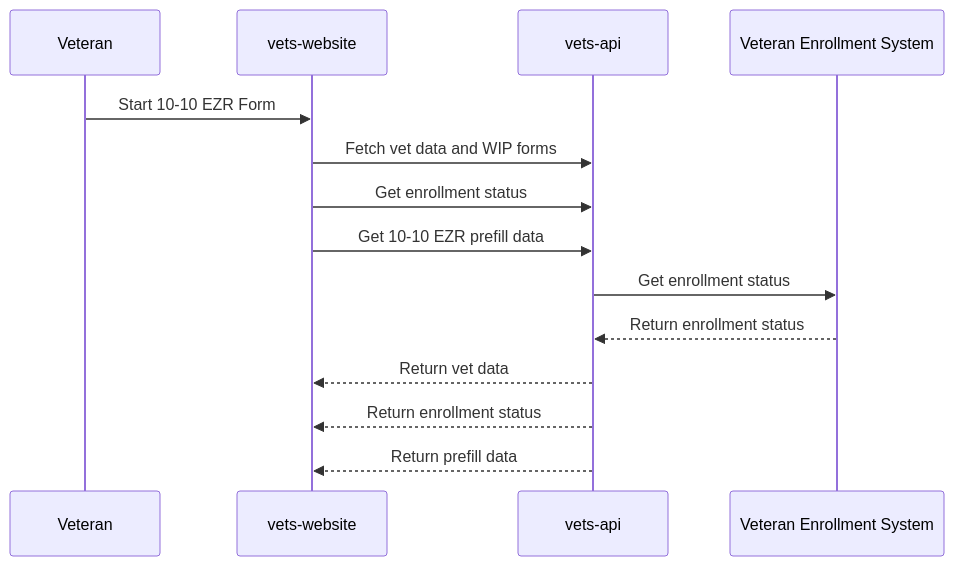
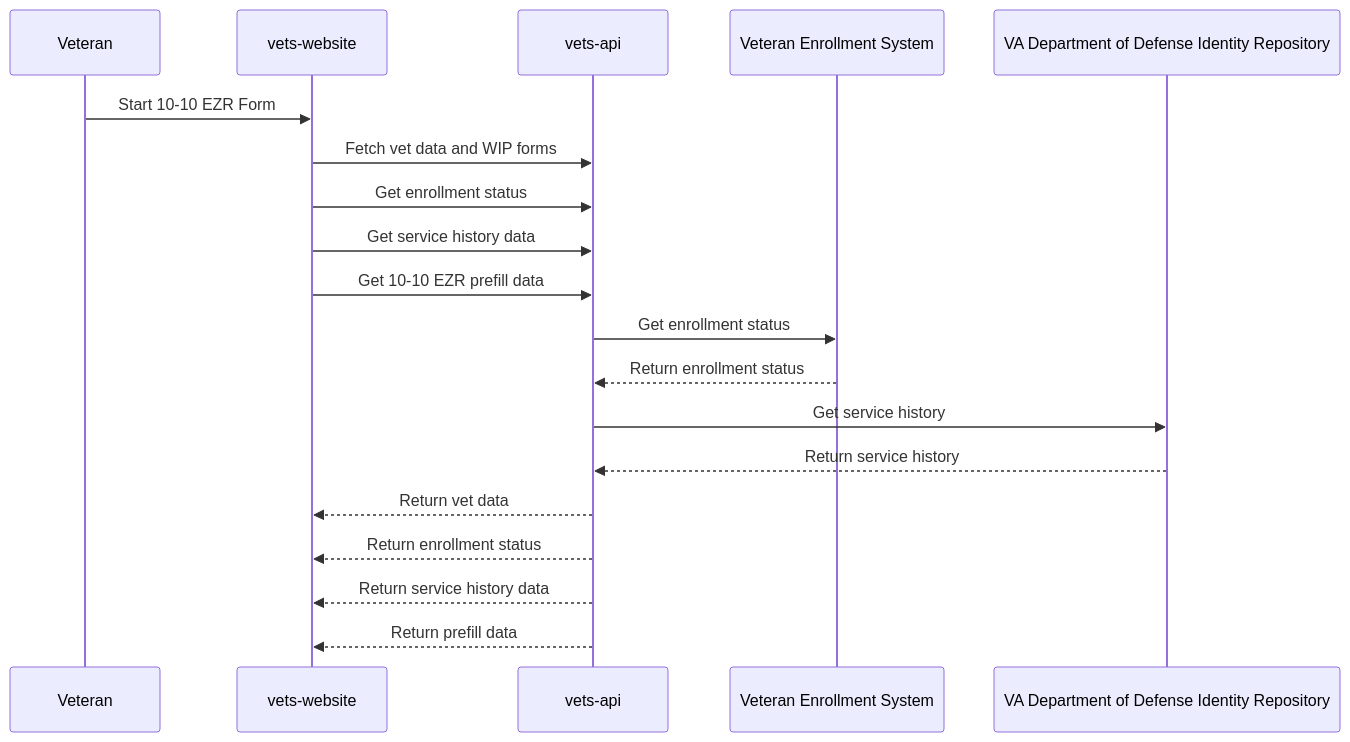
The first of 2 diagrams in products/health-care/application/health-update-form/Engineering/Architecture Diagram.md (Ninjaneer321/va.gov-team), drawn with Mermaid before and after one commit.

Commit message:
Update architecture diagram with VADIR integration (#137755)
* Update architecture diagram with VADIR integration

Added VADIR participant and service history retrieval steps.

* Update products/health-care/application/health-update-form/Engineering/Architecture Diagram.md

---------

````diff
--- a/products/health-care/application/health-update-form/Engineering/Architecture Diagram.md
+++ b/products/health-care/application/health-update-form/Engineering/Architecture Diagram.md
@@ -2,17 +2,22 @@
 ```mermaid
 sequenceDiagram
     participant Veteran
     participant Frontend as vets-website
     participant Backend as vets-api
     participant VES as Veteran Enrollment System
+    participant VADIR as VA Department of Defense Identity Repository
 
     Veteran->>Frontend: Start 10-10 EZR Form
     Frontend->>Backend: Fetch vet data and WIP forms
     Frontend->>Backend: Get enrollment status
+    Frontend->>Backend: Get service history data
     Frontend->>Backend: Get 10-10 EZR prefill data
     Backend->>VES: Get enrollment status
     VES-->>Backend: Return enrollment status
+    Backend->>VADIR: Get service history
+    VADIR-->>Backend: Return service history
     Backend-->>Frontend: Return vet data
     Backend-->>Frontend: Return enrollment status
+    Backend-->>Frontend: Return service history data
     Backend-->>Frontend: Return prefill data
 ```
````
